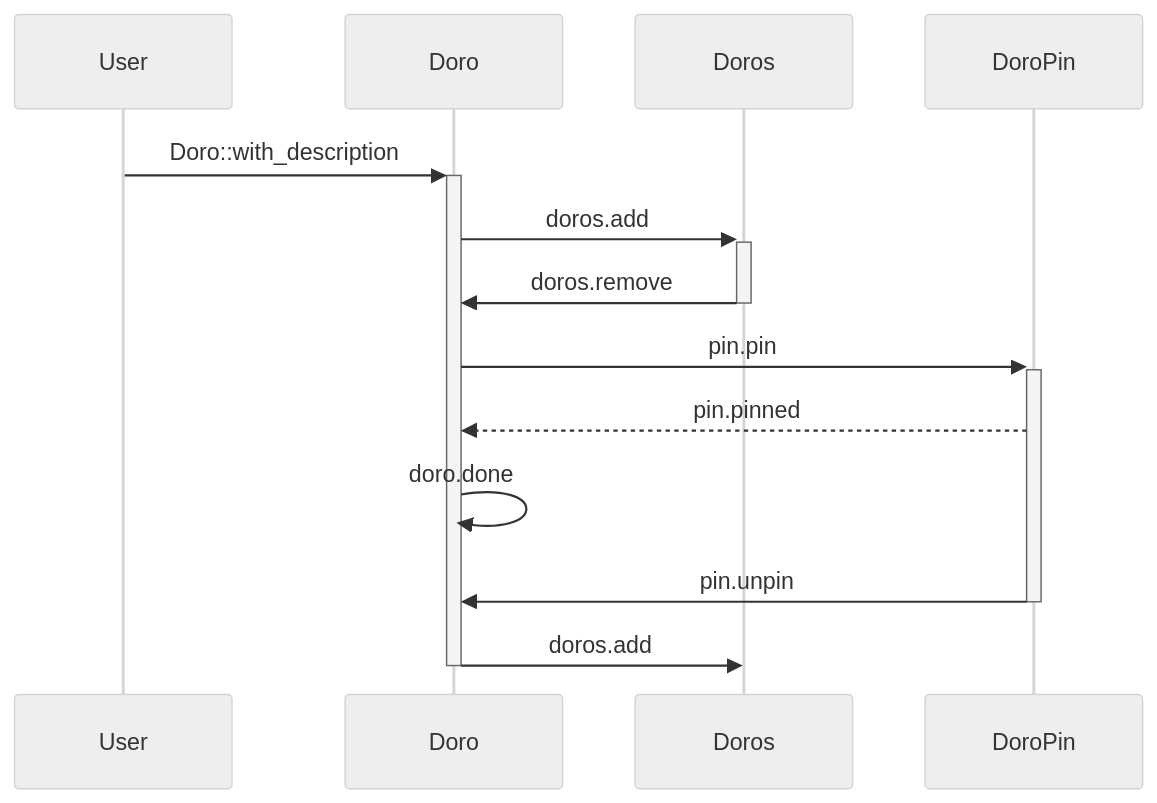
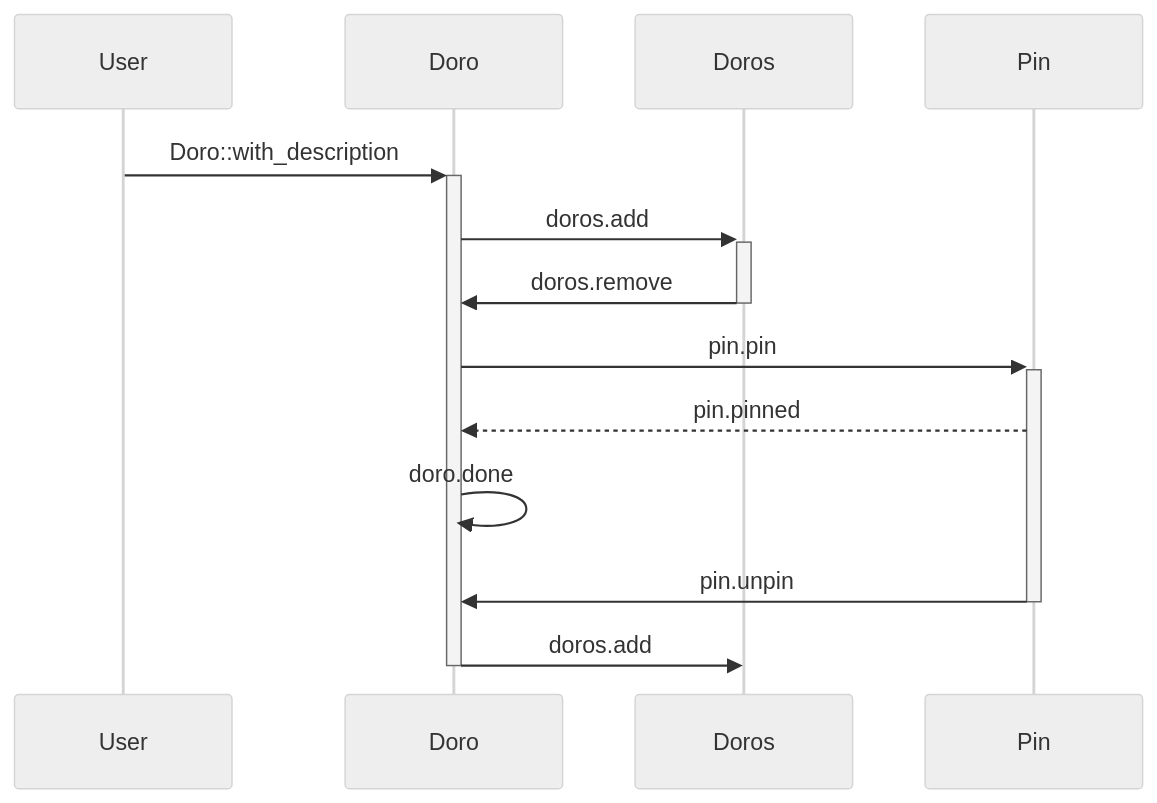
The fifth of 5 diagrams in src/pomo_doro/doro.md (huangjj27/huangjj27.github.io), drawn with Mermaid (neutral theme) before and after one commit. The commit also changed other lines of this file, not shown here.

Commit message:
sprint1(pomo_doro): DoroPin -> Pin

````diff
--- a/src/pomo_doro/doro.md
+++ b/src/pomo_doro/doro.md
@@ -103,11 +103,11 @@
 ```mermaid
 sequenceDiagram
     User ->>+ Doro: Doro::with_description
     Doro ->>+ Doros: doros.add
     Doros ->>- Doro: doros.remove
-    Doro ->>+ DoroPin: pin.pin
-    DoroPin -->> Doro: pin.pinned
+    Doro ->>+ Pin: pin.pin
+    Pin -->> Doro: pin.pinned
     Doro ->> Doro: doro.done
-    DoroPin ->>- Doro: pin.unpin
+    Pin ->>- Doro: pin.unpin
     Doro ->>- Doros: doros.add
 ```
````
